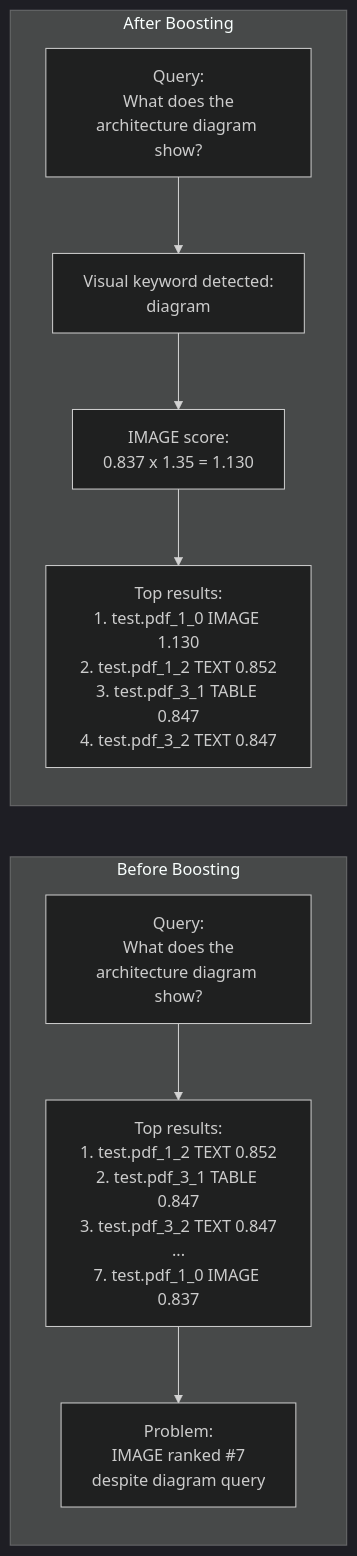
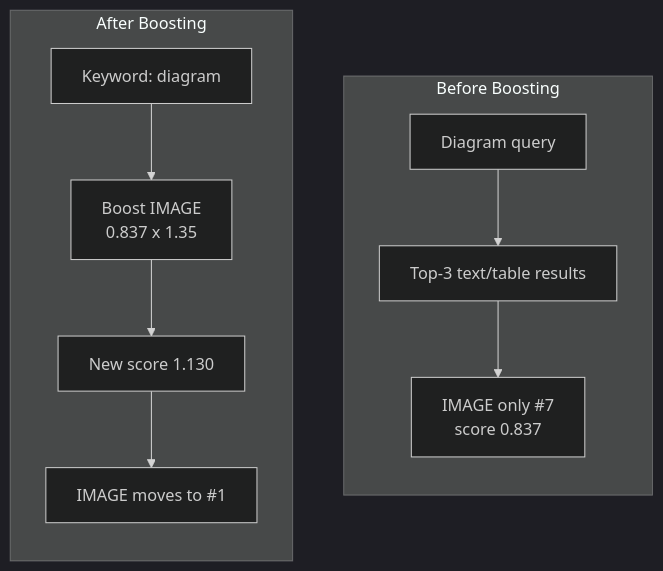
The ninth of 10 diagrams in workflow.md (mohitagr18/multimodal_rag_article), drawn with Mermaid (dark theme) before and after one commit.

Commit message:
minor fixes

````diff
--- a/workflow.md
+++ b/workflow.md
@@ -310,21 +310,21 @@
 ```mermaid
-flowchart LR
+flowchart TD
     subgraph Problem["Before Boosting"]
         direction TB
-        P1["Query:<br/>What does the<br/>architecture diagram show?"]
-        P2["Top results:<br/>1. test.pdf_1_2 TEXT 0.852<br/>2. test.pdf_3_1 TABLE 0.847<br/>3. test.pdf_3_2 TEXT 0.847<br/>...<br/>7. test.pdf_1_0 IMAGE 0.837"]
-        P3["Problem:<br/>IMAGE ranked #7<br/>despite diagram query"]
+        P1["Diagram query"]
+        P2["Top-3 text/table results"]
+        P3["IMAGE only #7<br/>score 0.837"]
 
         P1 --> P2 --> P3
     end
 
     subgraph Solution["After Boosting"]
         direction TB
-        S1["Query:<br/>What does the<br/>architecture diagram show?"]
-        S2["Visual keyword detected:<br/>diagram"]
-        S3["IMAGE score:<br/>0.837 x 1.35 = 1.130"]
-        S4["Top results:<br/>1. test.pdf_1_0 IMAGE 1.130<br/>2. test.pdf_1_2 TEXT 0.852<br/>3. test.pdf_3_1 TABLE 0.847<br/>4. test.pdf_3_2 TEXT 0.847"]
+        S1["Keyword: diagram"]
+        S2["Boost IMAGE<br/>0.837 x 1.35"]
+        S3["New score 1.130"]
+        S4["IMAGE moves to #1"]
 
         S1 --> S2 --> S3 --> S4
     end
 ```
````
